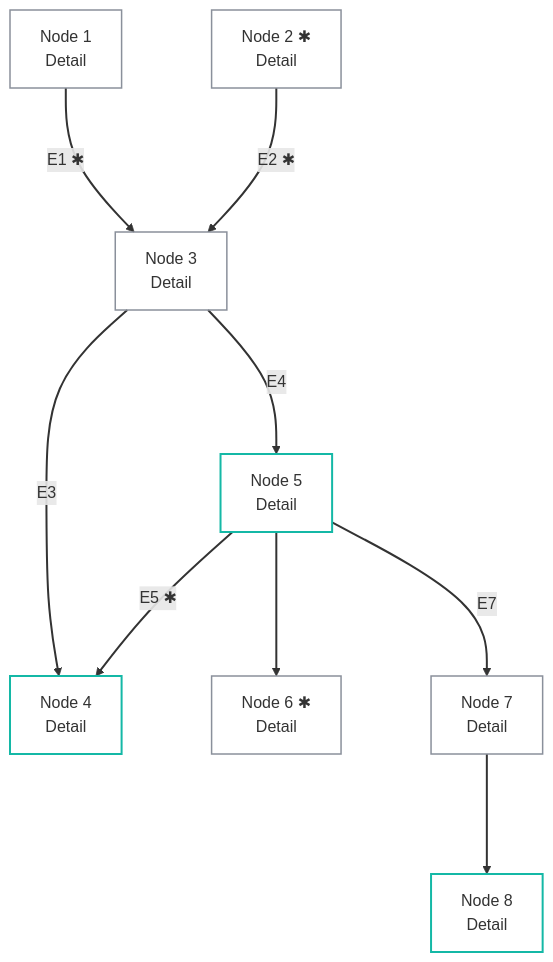
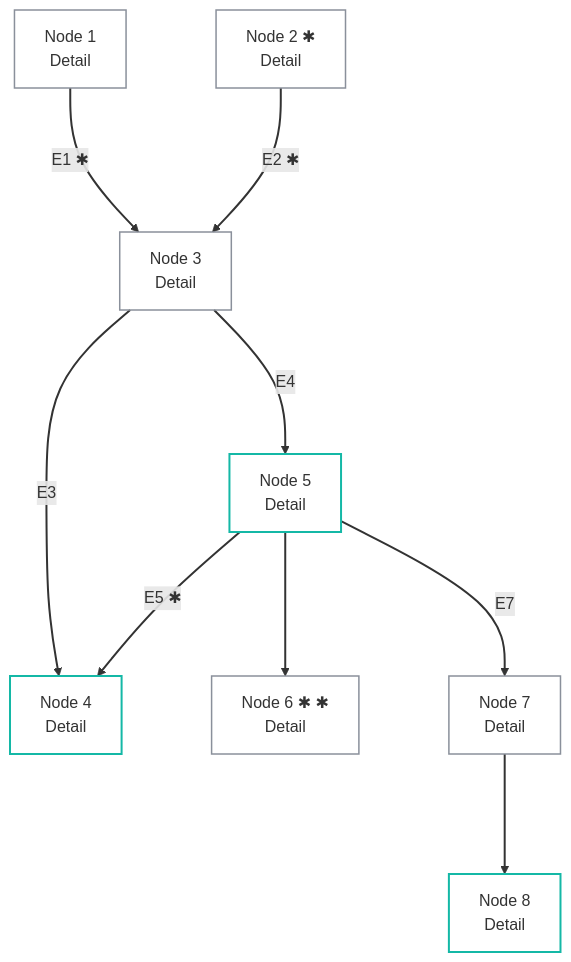
The fifth of 9 diagrams in tests/workflows/fixtures/mermaid/ga-v10.md (axatbhardwaj/axstack), drawn with Mermaid before and after one commit.

Commit message:
test: restore anonymized fixture marker

````diff
--- a/tests/workflows/fixtures/mermaid/ga-v10.md
+++ b/tests/workflows/fixtures/mermaid/ga-v10.md
@@ -182,30 +182,30 @@
 ```mermaid
 ---
 config:
   flowchart:
     nodeSpacing: 90
     rankSpacing: 120
 ---
 flowchart TB
   accTitle: Diagram 5
   accDescr: Connections in diagram 5.
   N1["Node 1<br/>Detail"]:::tone1
   N2["Node 2 ✱<br/>Detail"]:::tone1
   N3["Node 3<br/>Detail"]:::tone1
   N4["Node 4<br/>Detail"]:::tone2
   N5["Node 5<br/>Detail"]:::tone2
-  N6["Node 6 ✱<br/>Detail"]:::tone1
+  N6["Node 6 ✱ ✱<br/>Detail"]:::tone1
   N7["Node 7<br/>Detail"]:::tone1
   N8["Node 8<br/>Detail"]:::tone2
   N1 -->|"E1 ✱"| N3
   N2 -->|"E2 ✱"| N3
   N3 -->|"E3"| N4
   N3 -->|"E4"| N5
   N5 -->|"E5 ✱"| N4
   N5 --> N6
   N5 -->|"E7"| N7
   N7 --> N8
   linkStyle default stroke-width:2px
   classDef tone1 fill:transparent,stroke:#8a909b,stroke-width:1.5px
   classDef tone2 fill:transparent,stroke:#14b8a6,stroke-width:2px
 ```
````
